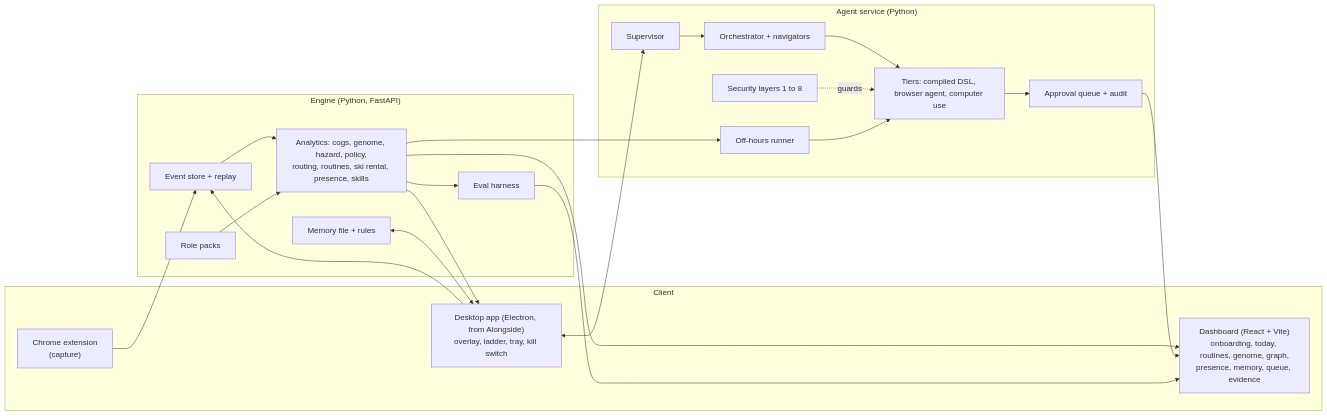
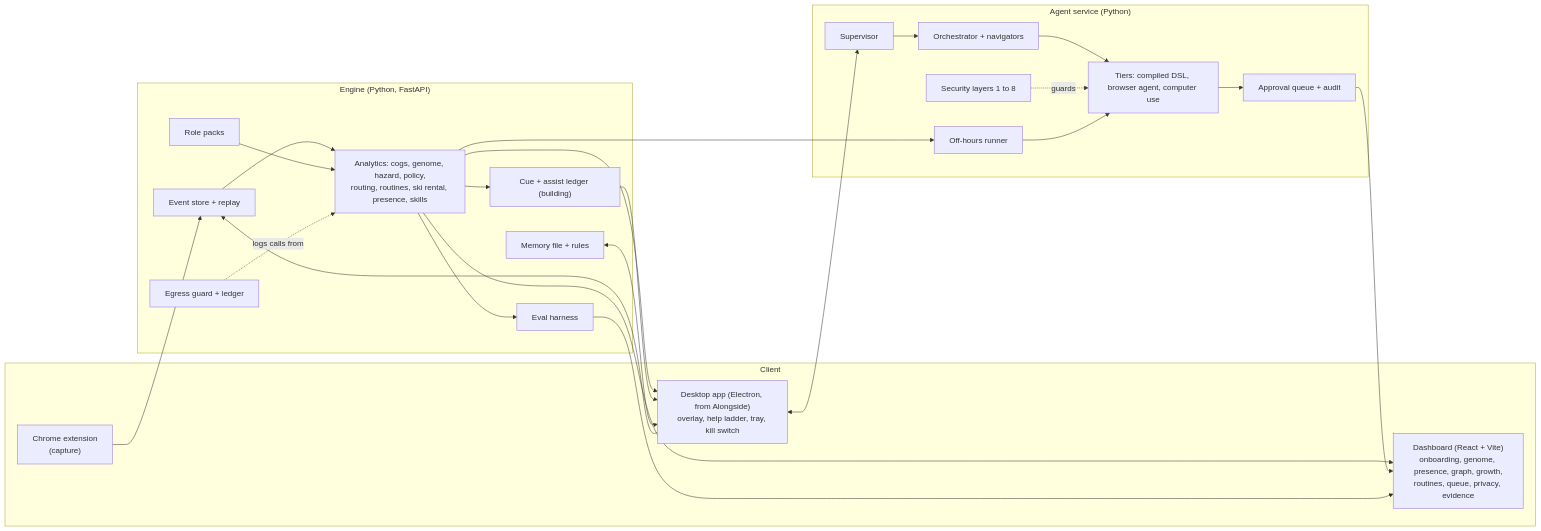
Before and after one commit to suhaanm/hacktheburgh-2026: the diagram in docs/drafts/README.draft.md, drawn with Mermaid. The commit also changed other lines of this file and 6 other files, not shown here.

````diff
--- a/docs/drafts/README.draft.md
+++ b/docs/drafts/README.draft.md
@@ -40,35 +76,39 @@
 ```mermaid
 flowchart LR
   subgraph Client
     EXT["Chrome extension<br/>(capture)"]
-    DESK["Desktop app (Electron, from Alongside)<br/>overlay, ladder, tray, kill switch"]
-    DASH["Dashboard (React + Vite)<br/>onboarding, today, routines, genome, graph,<br/>presence, memory, queue, evidence"]
+    DESK["Desktop app (Electron, from Alongside)<br/>overlay, help ladder, tray, kill switch"]
+    DASH["Dashboard (React + Vite)<br/>onboarding, genome, presence, graph, growth,<br/>routines, queue, privacy, evidence"]
   end
   subgraph Engine["Engine (Python, FastAPI)"]
     STORE["Event store + replay"]
     ANA["Analytics: cogs, genome, hazard, policy,<br/>routing, routines, ski rental, presence, skills"]
     MEM["Memory file + rules"]
     PACKS["Role packs"]
+    PRV["Egress guard + ledger"]
+    CUE["Cue + assist ledger (building)"]
     EVAL["Eval harness"]
   end
   subgraph Agent["Agent service (Python)"]
     SUP["Supervisor"]
     ORCH["Orchestrator + navigators"]
     TIERS["Tiers: compiled DSL, browser agent, computer use"]
     SEC["Security layers 1 to 8"]
     OFF["Off-hours runner"]
     Q["Approval queue + audit"]
   end
   EXT --> STORE
   DESK --> STORE
   STORE --> ANA --> DASH
   ANA --> DESK
+  ANA --> CUE --> DESK
   MEM <--> DESK
   PACKS --> ANA
+  PRV -. logs calls from .-> ANA
   DESK <--> SUP
   SUP --> ORCH --> TIERS
   SEC -.guards.-> TIERS
   ANA --> OFF --> TIERS
   TIERS --> Q --> DASH
   ANA --> EVAL --> DASH
 ```
````
